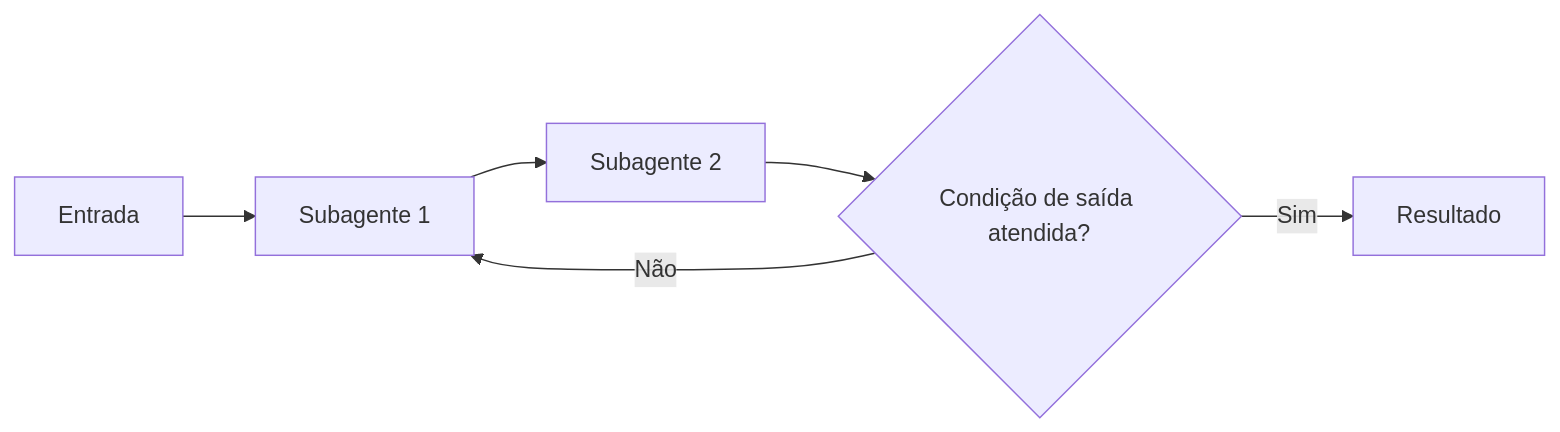
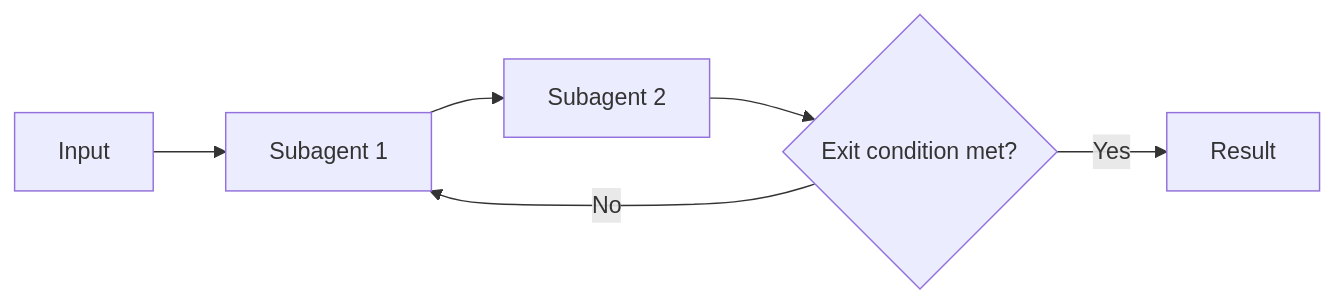
The diagram in docs/ai/agentic-ai/iteration/multi-agent-loop.md (alancesar/design-patterns), drawn with Mermaid before and after one commit. The commit also changed 258 other files, not shown here.

First line of the commit message:
Translate Mermaid diagrams to English

````diff
--- a/docs/ai/agentic-ai/iteration/multi-agent-loop.md
+++ b/docs/ai/agentic-ai/iteration/multi-agent-loop.md
@@ -52,8 +52,8 @@
 ```mermaid
 flowchart LR
-    S["Entrada"] --> A["Subagente 1"]
-    A --> B["Subagente 2"]
-    B --> C{"Condição de saída atendida?"}
-    C -- "Não" --> A
-    C -- "Sim" --> R["Resultado"]
+    S["Input"] --> A["Subagent 1"]
+    A --> B["Subagent 2"]
+    B --> C{"Exit condition met?"}
+    C -- "No" --> A
+    C -- "Yes" --> R["Result"]
 ```
````
